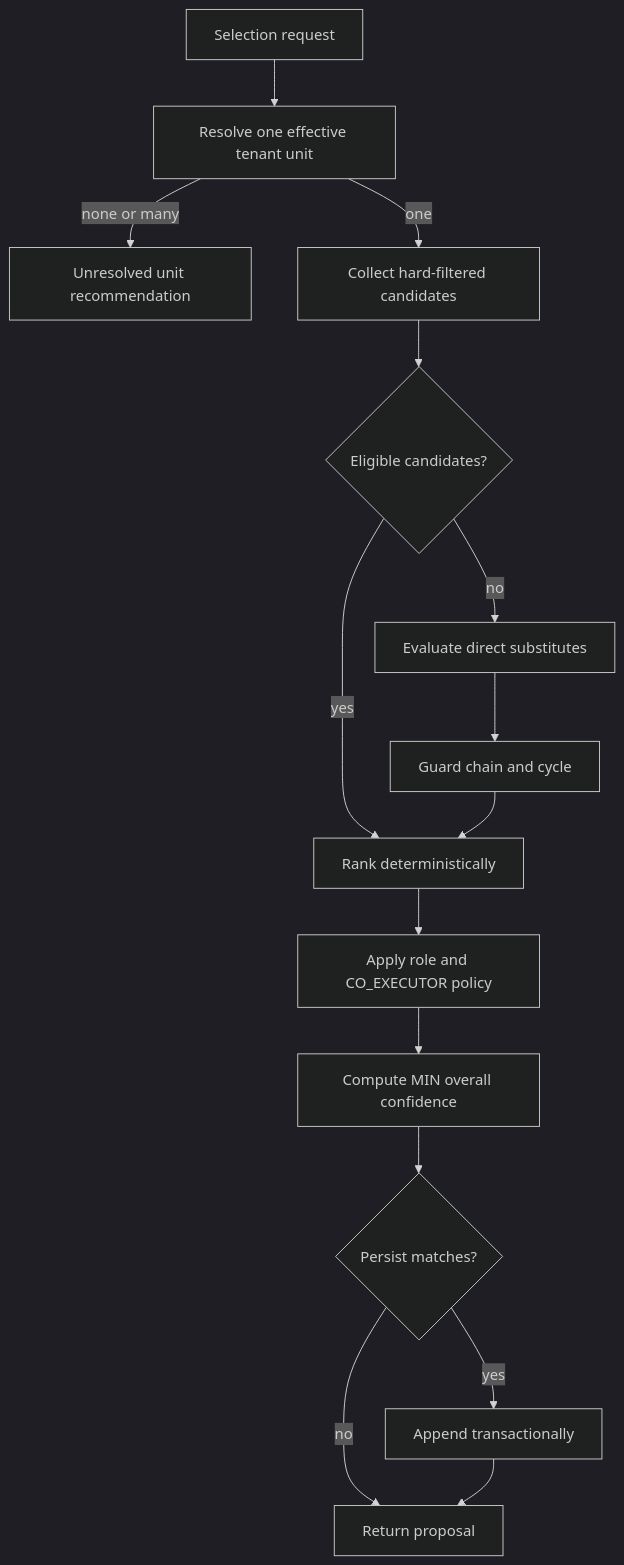
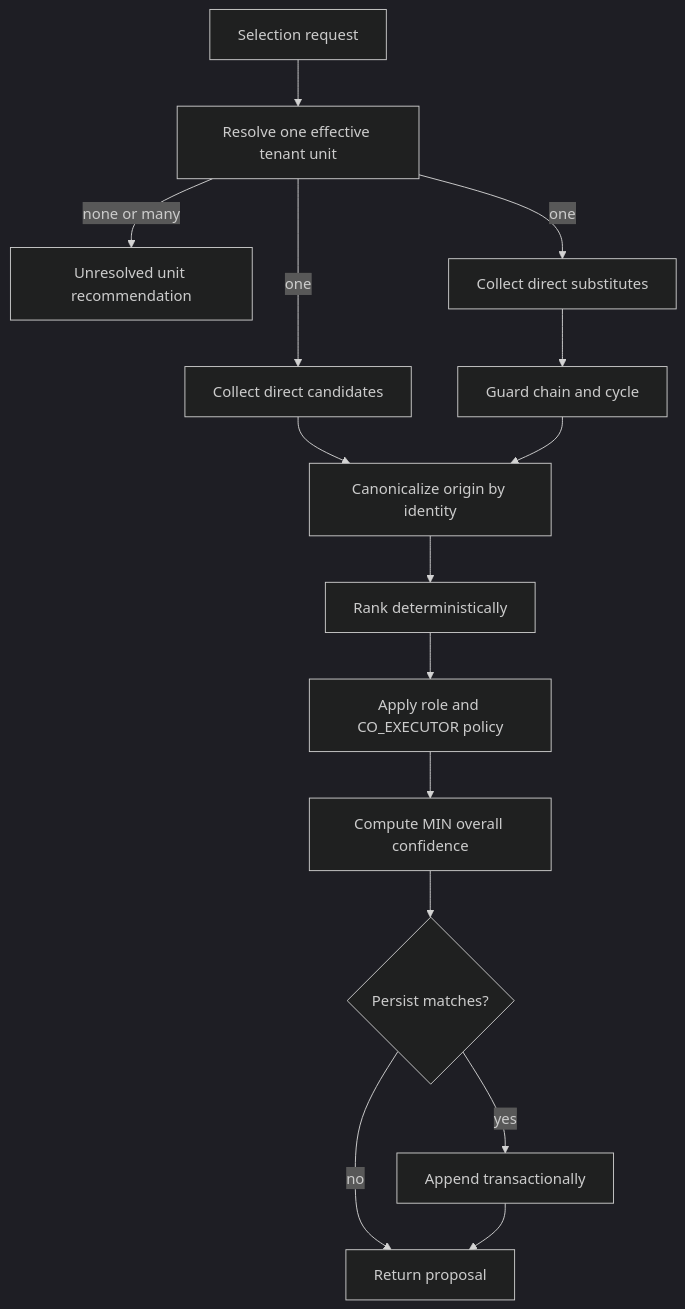
The first of 3 diagrams in docs/architecture/G05B_PERSONNEL_SELECTION_ENGINE.md (pgdthanuyen-dev/SmartOfficeAI360-Canonical), drawn with Mermaid (dark theme) before and after one commit. The commit also changed other lines of this file and 1 other file, not shown here.

Commit message:
test: close G05B determinism review gaps

````diff
--- a/docs/architecture/G05B_PERSONNEL_SELECTION_ENGINE.md
+++ b/docs/architecture/G05B_PERSONNEL_SELECTION_ENGINE.md
@@ -163,17 +171,17 @@
 ```mermaid
 flowchart TD
     A[Selection request] --> B[Resolve one effective tenant unit]
     B -->|none or many| C[Unresolved unit recommendation]
-    B -->|one| D[Collect hard-filtered candidates]
-    D --> E{Eligible candidates?}
-    E -->|no| F[Evaluate direct substitutes]
-    F --> G[Guard chain and cycle]
-    E -->|yes| H[Rank deterministically]
-    G --> H
+    B -->|one| D[Collect direct candidates]
+    B -->|one| E[Collect direct substitutes]
+    D --> F[Canonicalize origin by identity]
+    E --> G[Guard chain and cycle]
+    G --> F
+    F --> H[Rank deterministically]
     H --> I[Apply role and CO_EXECUTOR policy]
     I --> J[Compute MIN overall confidence]
     J --> K{Persist matches?}
     K -->|yes| L[Append transactionally]
     K -->|no| M[Return proposal]
     L --> M
 ```
````
